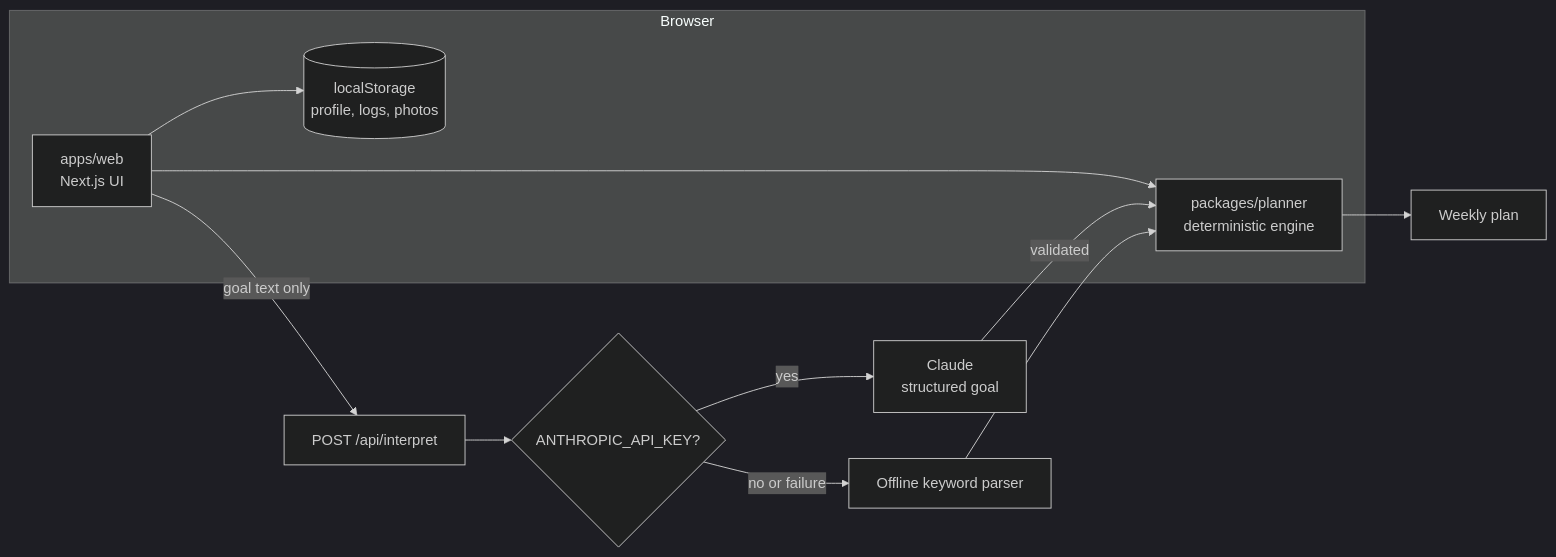
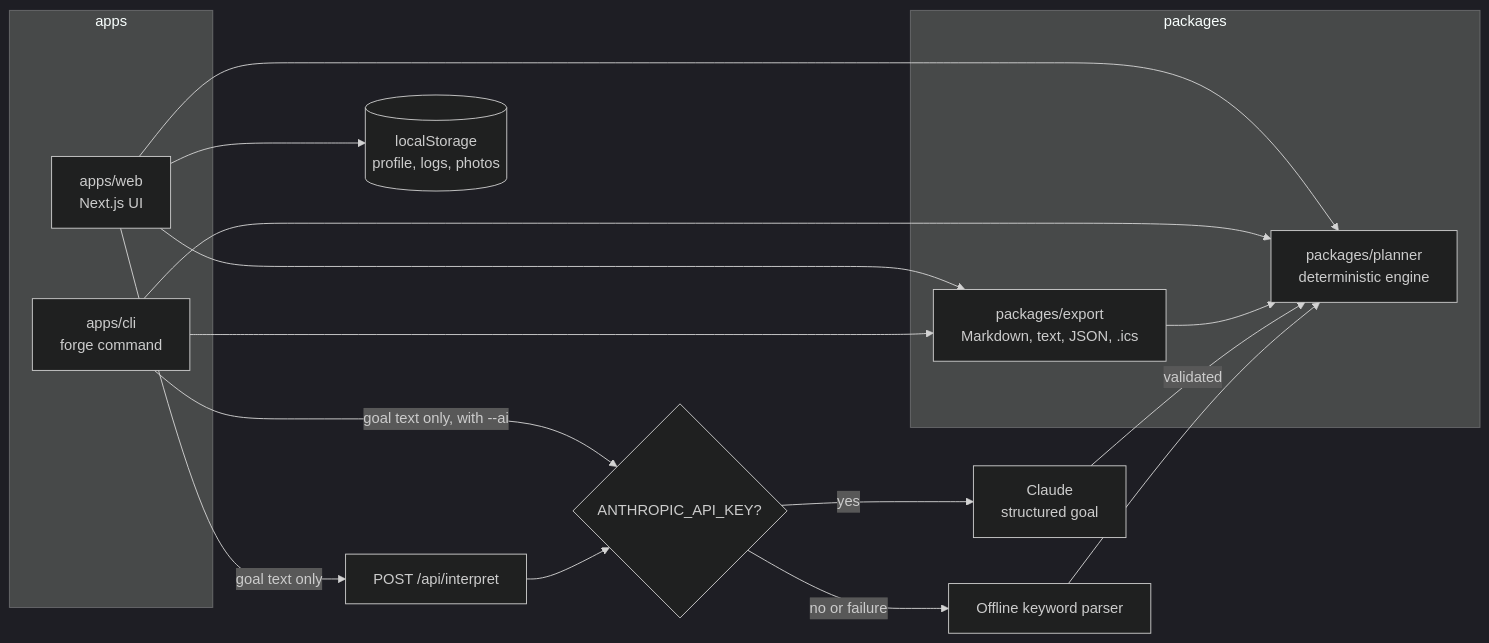
Before and after one commit to Zoriyonz/forge-ai-workout-planner: the diagram in README.md, drawn with Mermaid (dark theme). The commit also changed other lines of this file, not shown here.

````diff
--- a/README.md
+++ b/README.md
@@ -54,14 +58,24 @@
 ```mermaid
 flowchart LR
-    subgraph Browser
-        UI[apps/web<br/>Next.js UI] --> P[packages/planner<br/>deterministic engine]
-        UI --> LS[(localStorage<br/>profile, logs, photos)]
+    subgraph apps
+        W[apps/web<br/>Next.js UI]
+        C[apps/cli<br/>forge command]
     end
-    UI -->|goal text only| API[POST /api/interpret]
-    API --> I{ANTHROPIC_API_KEY?}
-    I -->|yes| C[Claude<br/>structured goal]
-    I -->|no or failure| K[Offline keyword parser]
-    C -->|validated| P
+    subgraph packages
+        P[packages/planner<br/>deterministic engine]
+        E[packages/export<br/>Markdown, text, JSON, .ics]
+    end
+    W --> P
+    W --> E
+    C --> P
+    C --> E
+    E --> P
+    W -->|goal text only| API[POST /api/interpret]
+    C -->|goal text only, with --ai| AI
+    API --> AI{ANTHROPIC_API_KEY?}
+    AI -->|yes| CL[Claude<br/>structured goal]
+    AI -->|no or failure| K[Offline keyword parser]
+    CL -->|validated| P
     K --> P
-    P --> Plan[Weekly plan]
+    W --> LS[(localStorage<br/>profile, logs, photos)]
 ```
````
